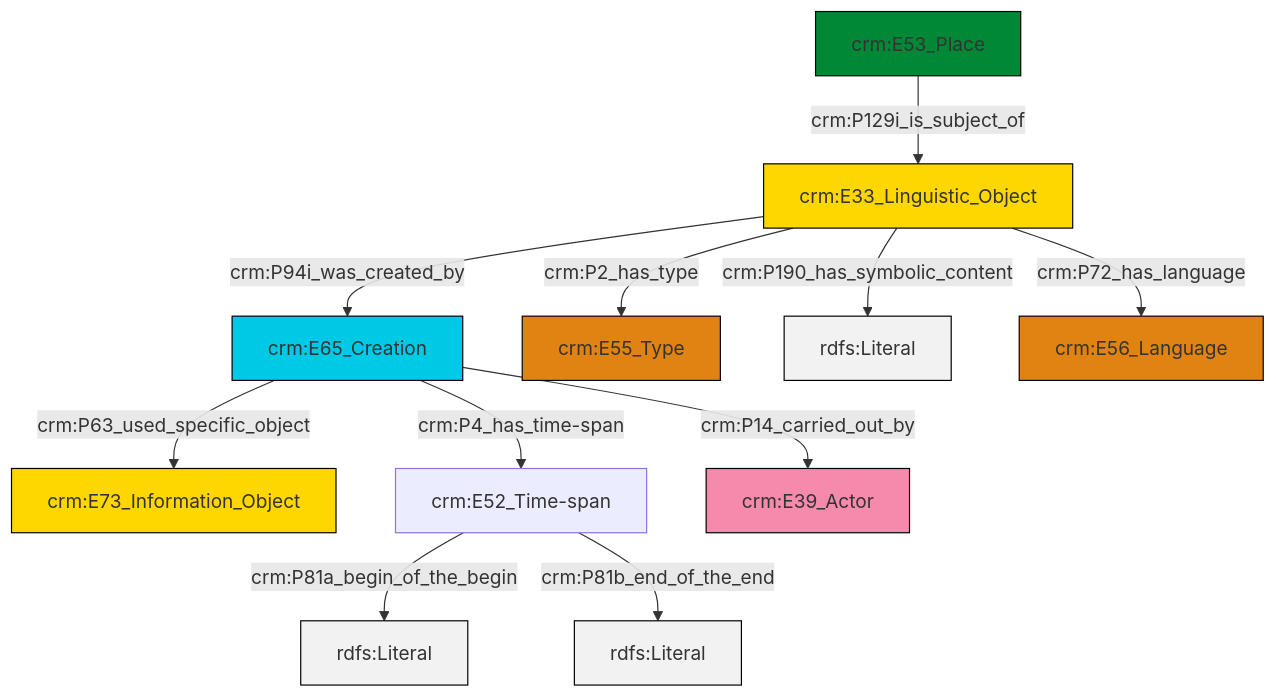
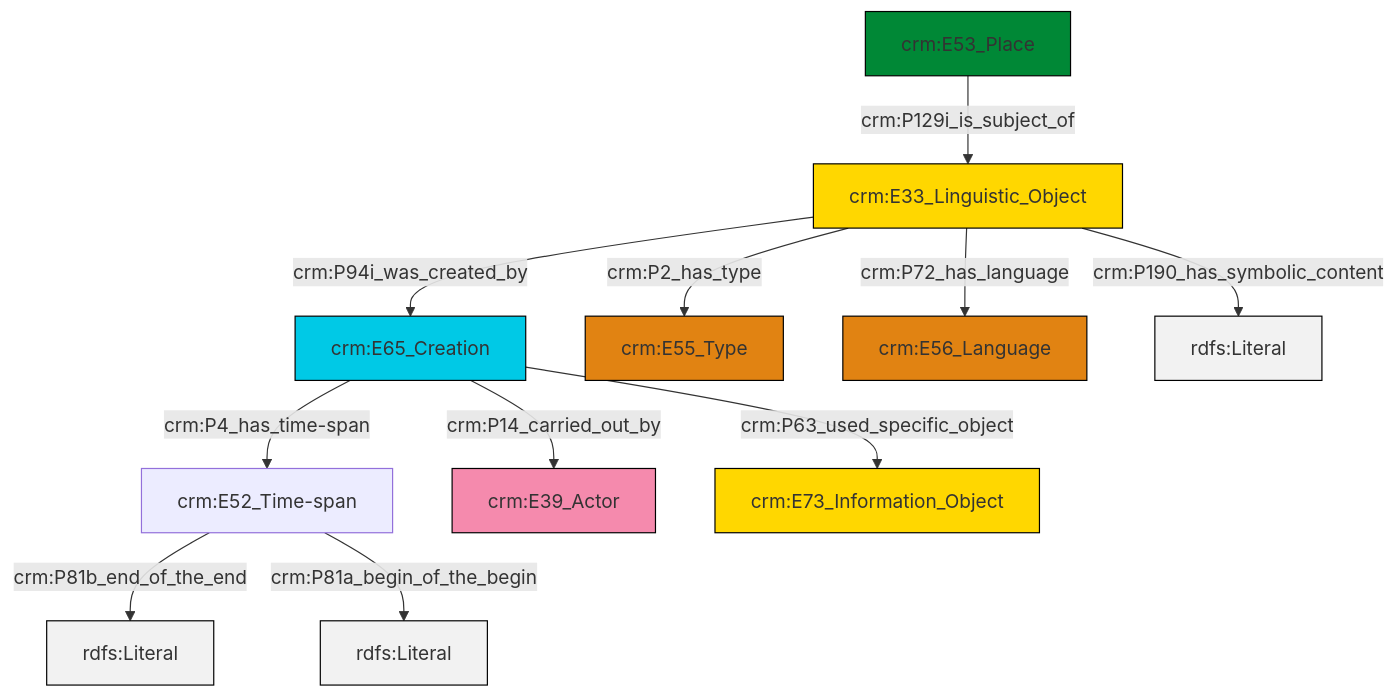
Before and after one commit to swiss-art-research-net/docs.swissartresearch: the diagram in et/placeCSV/ttl/mmd/place_description.ttl.mmd, drawn with Mermaid. The commit also changed 210 other files, not shown here.

```diff
--- a/et/placeCSV/ttl/mmd/place_description.ttl.mmd
+++ b/et/placeCSV/ttl/mmd/place_description.ttl.mmd
@@ -1,25 +1,25 @@
 graph TD
 classDef Literal fill:#f2f2f2,stroke:#000000;
 classDef CRM_Entity fill:#FFFFFF,stroke:#000000;
 classDef Temporal_Entity fill:#00C9E6, stroke:#000000;
 classDef Type fill:#E18312, stroke:#000000;
 classDef Time-Span fill:#2C9C91, stroke:#000000;
 classDef Appellation fill:#FFEB7F, stroke:#000000;
 classDef Place fill:#008836, stroke:#000000;
 classDef Persistent_Item fill:#B266B2, stroke:#000000;
 classDef Conceptual_Object fill:#FFD700, stroke:#000000;
 classDef Physical_Thing fill:#D2B48C, stroke:#000000;
 classDef Actor fill:#f58aad, stroke:#000000;
 classDef PC_Classes fill:#4ce600, stroke:#000000;
 classDef Multi fill:#cccccc,stroke:#000000;
 
-0["crm:E65_Creation"]:::Temporal_Entity -->|crm:P63_used_specific_object| 1["crm:E73_Information_Object"]:::Conceptual_Object
-2["crm:E52_Time-span"]:::Default -->|crm:P81a_begin_of_the_begin| 3[rdfs:Literal]:::Literal
-2["crm:E52_Time-span"]:::Default -->|crm:P81b_end_of_the_end| 4[rdfs:Literal]:::Literal
-5["crm:E33_Linguistic_Object"]:::Conceptual_Object -->|crm:P2_has_type| 6["crm:E55_Type"]:::Type
-10["crm:E53_Place"]:::Place -->|crm:P129i_is_subject_of| 5["crm:E33_Linguistic_Object"]:::Conceptual_Object
+4["crm:E33_Linguistic_Object"]:::Conceptual_Object -->|crm:P2_has_type| 5["crm:E55_Type"]:::Type
+4["crm:E33_Linguistic_Object"]:::Conceptual_Object -->|crm:P94i_was_created_by| 0["crm:E65_Creation"]:::Temporal_Entity
+10["crm:E53_Place"]:::Place -->|crm:P129i_is_subject_of| 4["crm:E33_Linguistic_Object"]:::Conceptual_Object
 0["crm:E65_Creation"]:::Temporal_Entity -->|crm:P14_carried_out_by| 12["crm:E39_Actor"]:::Actor
-5["crm:E33_Linguistic_Object"]:::Conceptual_Object -->|crm:P190_has_symbolic_content| 13[rdfs:Literal]:::Literal
+4["crm:E33_Linguistic_Object"]:::Conceptual_Object -->|crm:P190_has_symbolic_content| 13[rdfs:Literal]:::Literal
+4["crm:E33_Linguistic_Object"]:::Conceptual_Object -->|crm:P72_has_language| 7["crm:E56_Language"]:::Type
+0["crm:E65_Creation"]:::Temporal_Entity -->|crm:P63_used_specific_object| 15["crm:E73_Information_Object"]:::Conceptual_Object
 0["crm:E65_Creation"]:::Temporal_Entity -->|crm:P4_has_time-span| 2["crm:E52_Time-span"]:::Default
-5["crm:E33_Linguistic_Object"]:::Conceptual_Object -->|crm:P94i_was_created_by| 0["crm:E65_Creation"]:::Temporal_Entity
-5["crm:E33_Linguistic_Object"]:::Conceptual_Object -->|crm:P72_has_language| 15["crm:E56_Language"]:::Type
+2["crm:E52_Time-span"]:::Default -->|crm:P81b_end_of_the_end| 17[rdfs:Literal]:::Literal
+2["crm:E52_Time-span"]:::Default -->|crm:P81a_begin_of_the_begin| 18[rdfs:Literal]:::Literal
```
